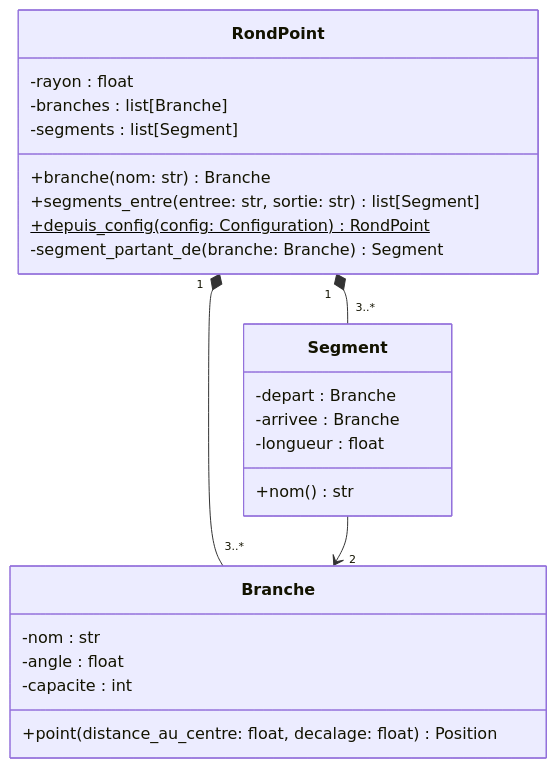
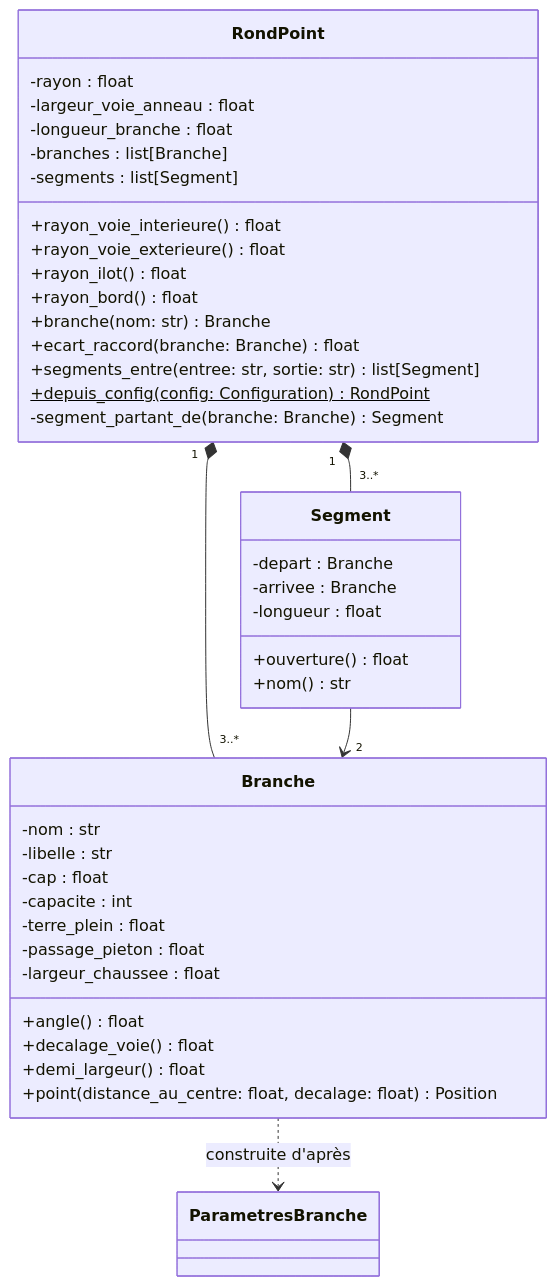
Before and after one commit to vRayzix/SAE3.02_Developper-une-application-communicante: the fourth of 12 diagrams in docs/uml.md, drawn with Mermaid. The commit also changed other lines of this file, not shown here.

First line of the commit message:
docs(uml): géométrie de Bel Air, voies de l'anneau, cap et nouvelle scène

````diff
--- a/docs/uml.md
+++ b/docs/uml.md
@@ -240,30 +258,46 @@
 ```mermaid
 classDiagram
     class RondPoint {
         -rayon : float
+        -largeur_voie_anneau : float
+        -longueur_branche : float
         -branches : list[Branche]
         -segments : list[Segment]
+        +rayon_voie_interieure() float
+        +rayon_voie_exterieure() float
+        +rayon_ilot() float
+        +rayon_bord() float
         +branche(nom: str) Branche
+        +ecart_raccord(branche: Branche) float
         +segments_entre(entree: str, sortie: str) list[Segment]
         +depuis_config(config: Configuration) RondPoint$
         -segment_partant_de(branche: Branche) Segment
     }
 
     class Branche {
         -nom : str
-        -angle : float
+        -libelle : str
+        -cap : float
         -capacite : int
+        -terre_plein : float
+        -passage_pieton : float
+        -largeur_chaussee : float
+        +angle() float
+        +decalage_voie() float
+        +demi_largeur() float
         +point(distance_au_centre: float, decalage: float) Position
     }
 
     class Segment {
         -depart : Branche
         -arrivee : Branche
         -longueur : float
+        +ouverture() float
         +nom() str
     }
 
     RondPoint "1" *-- "3..*" Branche
     RondPoint "1" *-- "3..*" Segment
     Segment --> "2" Branche
+    Branche ..> ParametresBranche : construite d'après
 ```
````
